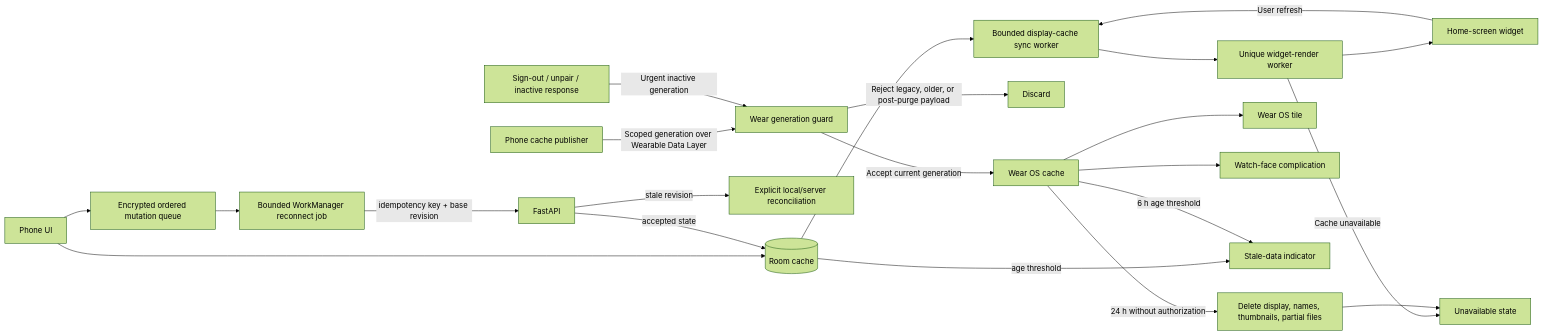
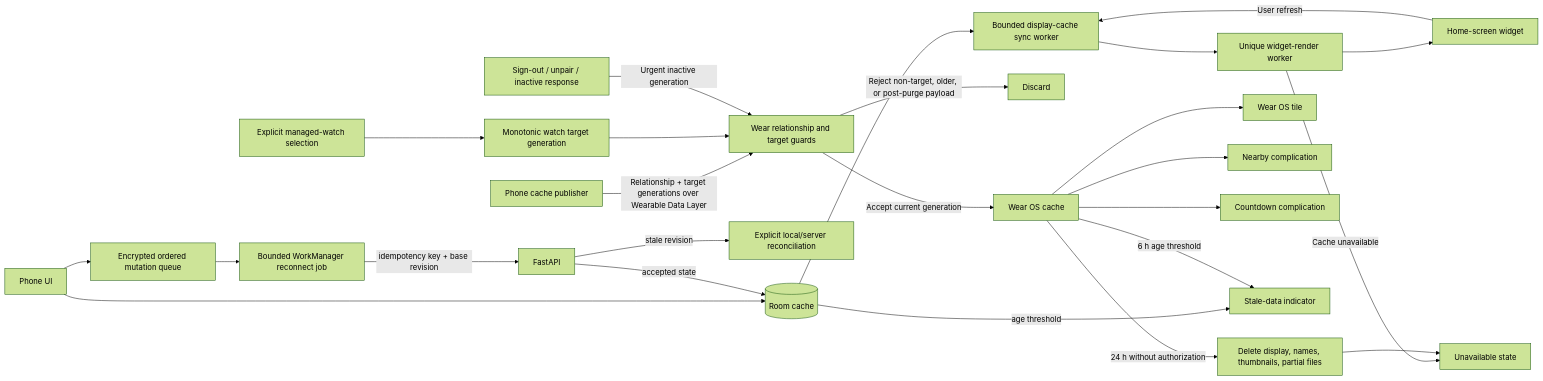
One commit to Captainpax/littleorbit changed diagram 17 of 23 in docs/NETWORK-FLOW.md. Above: the diagram before and after it, drawn with Mermaid (forest theme). The commit also changed other lines of this file and 61 other files, not shown here.

````diff
--- a/docs/NETWORK-FLOW.md
+++ b/docs/NETWORK-FLOW.md
@@ -448,24 +448,27 @@
 ```mermaid
 flowchart LR
     UI[Phone UI] --> Room[(Room cache)]
     UI --> Queue[Encrypted ordered mutation queue]
     Queue --> Work[Bounded WorkManager reconnect job]
     Work -->|idempotency key + base revision| API[FastAPI]
     API -->|accepted state| Room
     API -->|stale revision| Conflict[Explicit local/server reconciliation]
-    Phone[Phone cache publisher] -->|Scoped generation over Wearable Data Layer| Guard[Wear generation guard]
+    Select[Explicit managed-watch selection] --> Target[Monotonic watch target generation]
+    Phone[Phone cache publisher] -->|Relationship + target generations over Wearable Data Layer| Guard[Wear relationship and target guards]
+    Target --> Guard
     Purge[Sign-out / unpair / inactive response] -->|Urgent inactive generation| Guard
     Guard -->|Accept current generation| Watch[Wear OS cache]
-    Guard -->|Reject legacy, older, or post-purge payload| Drop[Discard]
+    Guard -->|Reject non-target, older, or post-purge payload| Drop[Discard]
     Watch -->|24 h without authorization| Delete[Delete display, names, thumbnails, partial files]
     Room --> Sync[Bounded display-cache sync worker]
     Sync --> Render[Unique widget-render worker]
     Render --> Widget[Home-screen widget]
     Widget -->|User refresh| Sync
     Render -->|Cache unavailable| Unavailable[Unavailable state]
     Watch --> Tile[Wear OS tile]
-    Watch --> Complication[Watch-face complication]
+    Watch --> NearbyComplication[Nearby complication]
+    Watch --> CountdownComplication[Countdown complication]
     Room -->|age threshold| Stale[Stale-data indicator]
     Watch -->|6 h age threshold| Stale
     Delete --> Unavailable
 ```
````
